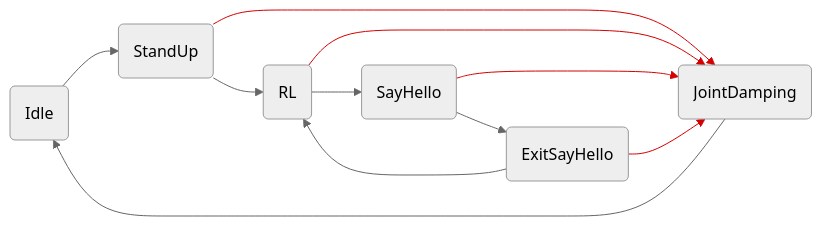
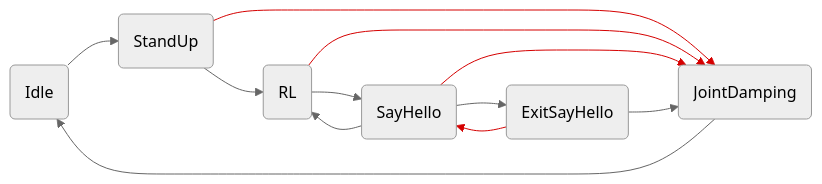
Before and after one commit to Rav3nPho3nix/Lite3_rl_deploy: the second of 3 diagrams in README.md, drawn with Mermaid (neutral theme). The commit also changed other lines of this file and 13 other files, not shown here.

````diff
--- a/README.md
+++ b/README.md
@@ -69,20 +78,20 @@
 ```mermaid
 ---
 config:
-  layout: fixed
+  layout: dagre
 ---
 flowchart LR
     A("Idle") --> B("StandUp")
     B --> C("RL") & D("JointDamping")
     C --> D & n1["SayHello"]
     D --> A
-    n1 --> n2["ExitSayHello"] & D
-    n2 --> C & D
+    n1 --> n2["ExitSayHello"] & D & C
+    n2 --> n1 & D
 
     n1@{ shape: rounded}
     n2@{ shape: rounded}
     linkStyle 2 stroke:#D50000,fill:none
     linkStyle 3 stroke:#D50000,fill:none
     linkStyle 7 stroke:#D50000,fill:none
-    linkStyle 9 stroke:#D50000
+    linkStyle 9 stroke:#D50000,fill:none
 ```
````
